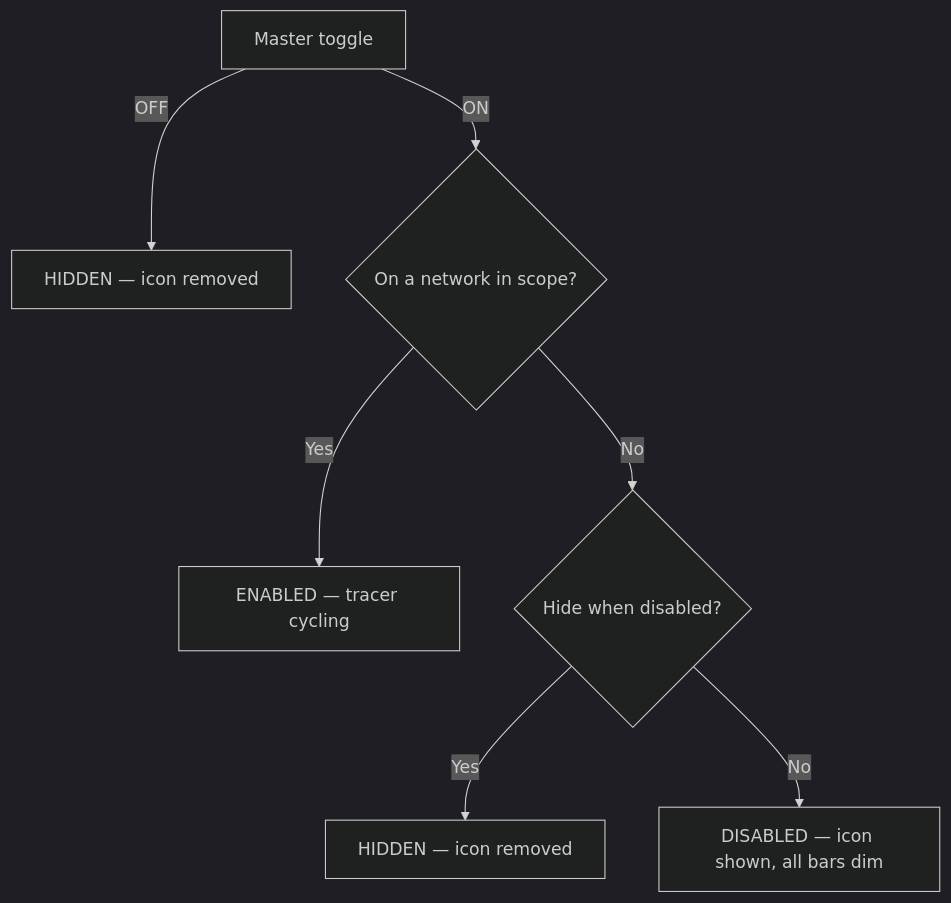
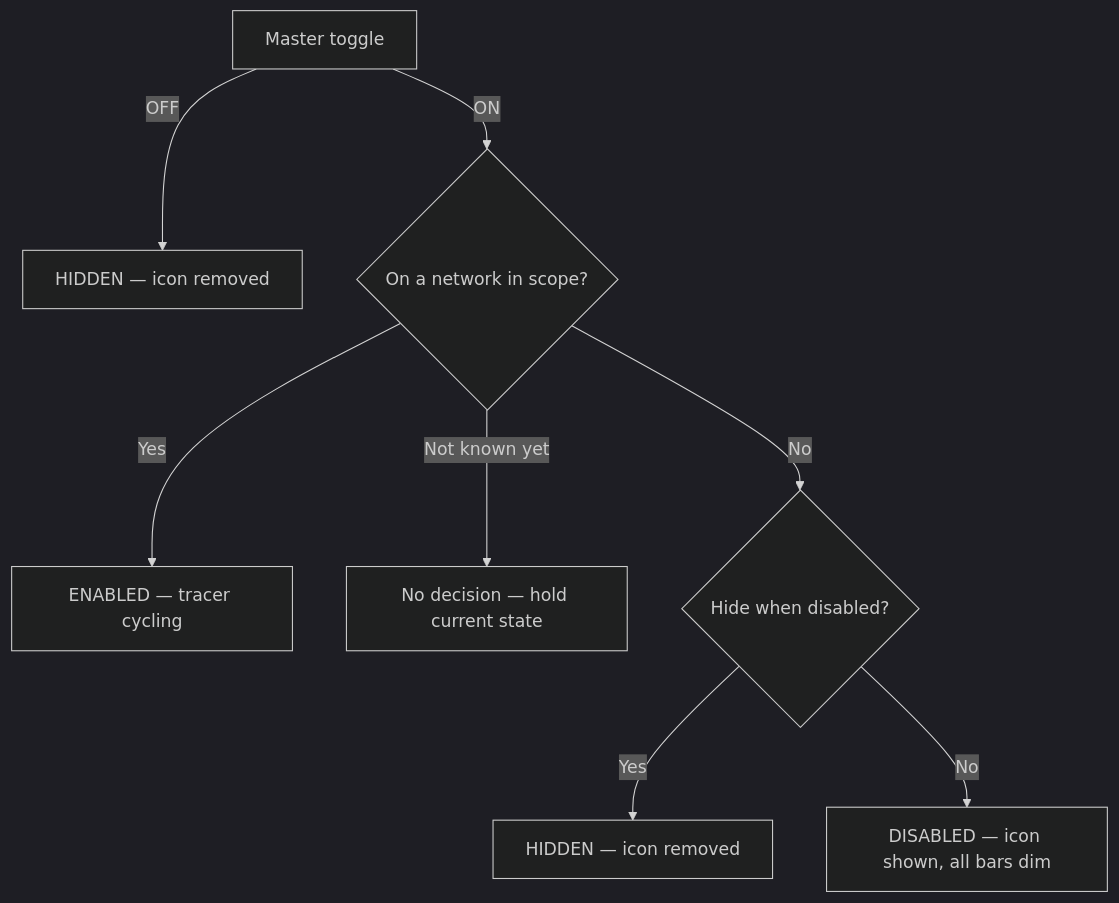
The diagram in notes/dev/uplink-status-indicator-spec.md (ScottKirvan/Pingd), drawn with Mermaid (dark theme) before and after one commit. The commit also changed other lines of this file and 11 other files, not shown here.

````diff
--- a/notes/dev/uplink-status-indicator-spec.md
+++ b/notes/dev/uplink-status-indicator-spec.md
@@ -132,9 +132,10 @@
 ```mermaid
 flowchart TD
     A[Master toggle] -->|OFF| H1[HIDDEN — icon removed]
     A -->|ON| B{On a network in scope?}
     B -->|Yes| C[ENABLED — tracer cycling]
+    B -->|Not known yet| W[No decision — hold current state]
     B -->|No| X{Hide when disabled?}
     X -->|Yes| H2[HIDDEN — icon removed]
     X -->|No| D[DISABLED — icon shown, all bars dim]
 ```
````
